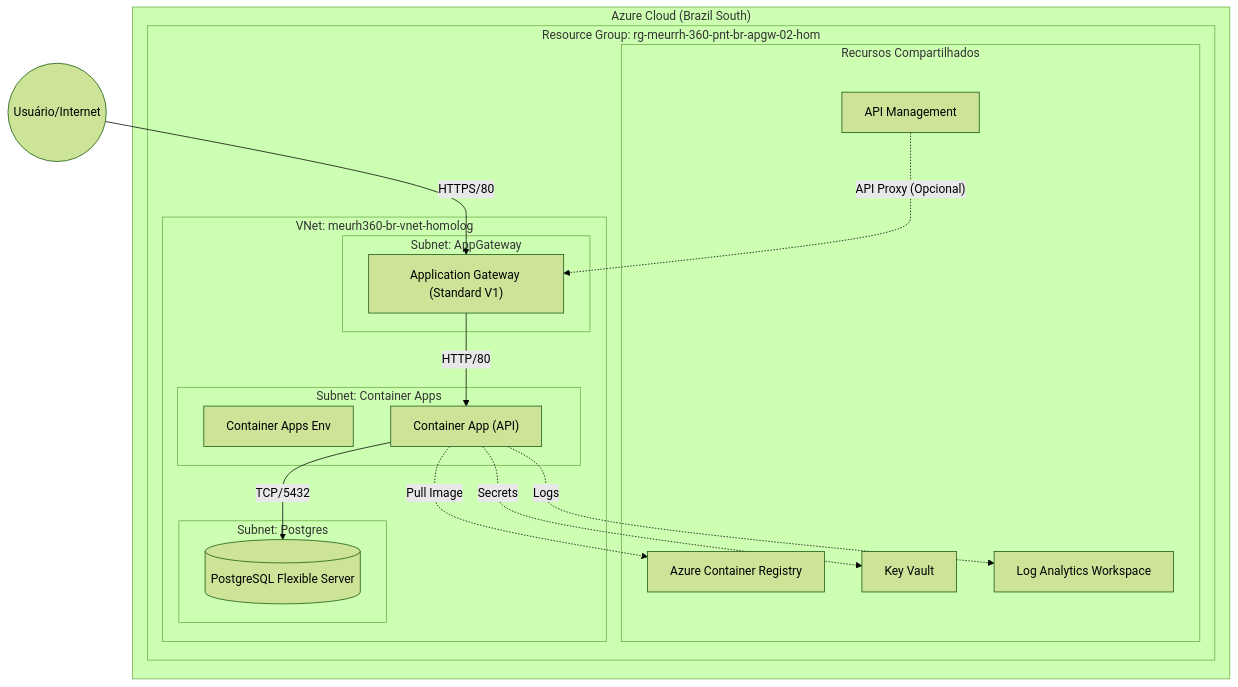
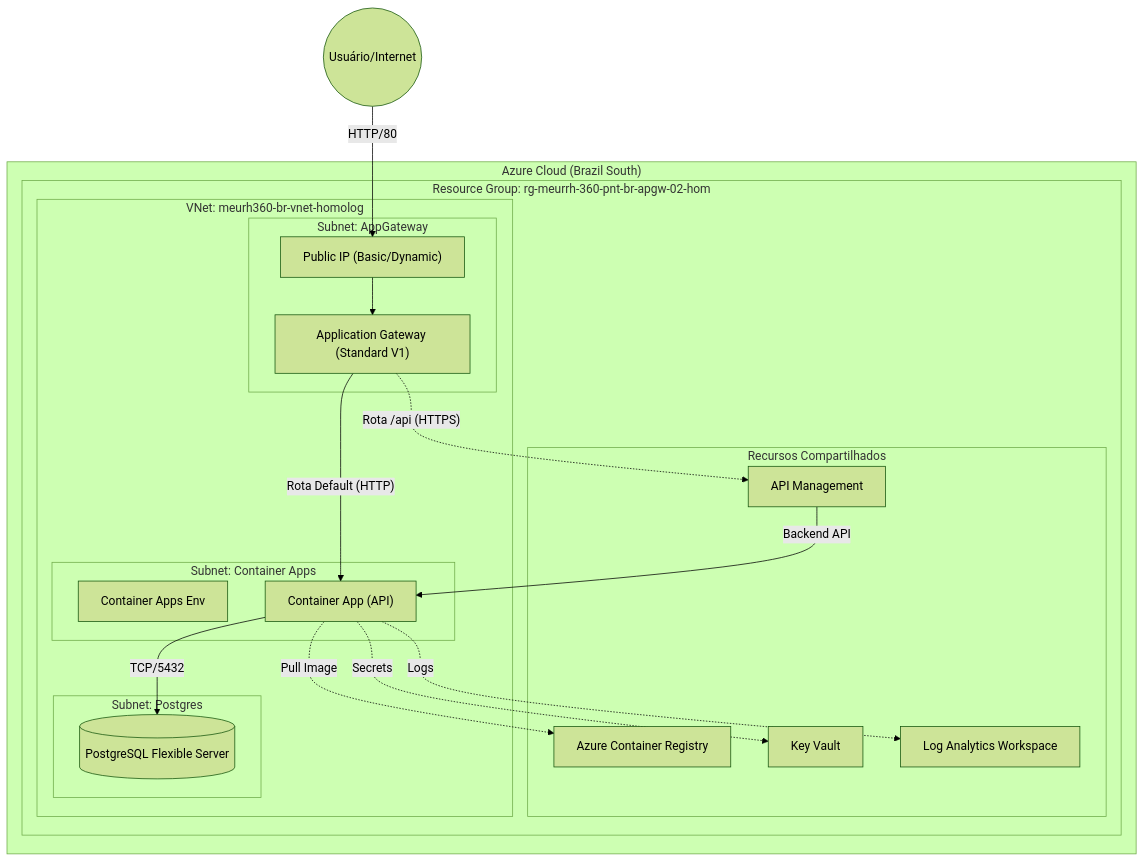
The diagram in docs/architecture.mermaid (kcsdevops/apim-apgw-homo), drawn with Mermaid (forest theme) before and after one commit. The commit also changed 13 other files, not shown here.

Commit message:
Refactor App Gateway to module, update docs and diagrams

```diff
--- a/docs/architecture.mermaid
+++ b/docs/architecture.mermaid
@@ -1,38 +1,41 @@
 graph TD
     user((Usuário/Internet))
     
     subgraph Azure["Azure Cloud (Brazil South)"]
         subgraph RG["Resource Group: rg-meurrh-360-pnt-br-apgw-02-hom"]
             
             subgraph Shared["Recursos Compartilhados"]
                 ACR["Azure Container Registry"]
                 KV["Key Vault"]
                 LAW["Log Analytics Workspace"]
                 APIM["API Management"]
             end
 
             subgraph VNet["VNet: meurh360-br-vnet-homolog"]
                 
                 subgraph SubnetAGW["Subnet: AppGateway"]
+                    PIP["Public IP (Basic/Dynamic)"]
                     AGW["Application Gateway (Standard V1)"]
                 end
 
                 subgraph SubnetACA["Subnet: Container Apps"]
                     CAE["Container Apps Env"]
                     APP["Container App (API)"]
                 end
 
                 subgraph SubnetDB["Subnet: Postgres"]
                     DB[("PostgreSQL Flexible Server")]
                 end
             end
         end
     end
 
-    user -->|"HTTPS/80"| AGW
-    AGW -->|"HTTP/80"| APP
+    user -->|"HTTP/80"| PIP
+    PIP --> AGW
+    AGW -->|"Rota Default (HTTP)"| APP
+    AGW -.->|"Rota /api (HTTPS)"| APIM
+    APIM -->|"Backend API"| APP
     APP -->|"TCP/5432"| DB
     APP -.->|"Pull Image"| ACR
     APP -.->|"Secrets"| KV
     APP -.->|"Logs"| LAW
-    APIM -.->|"API Proxy (Opcional)"| AGW
```
